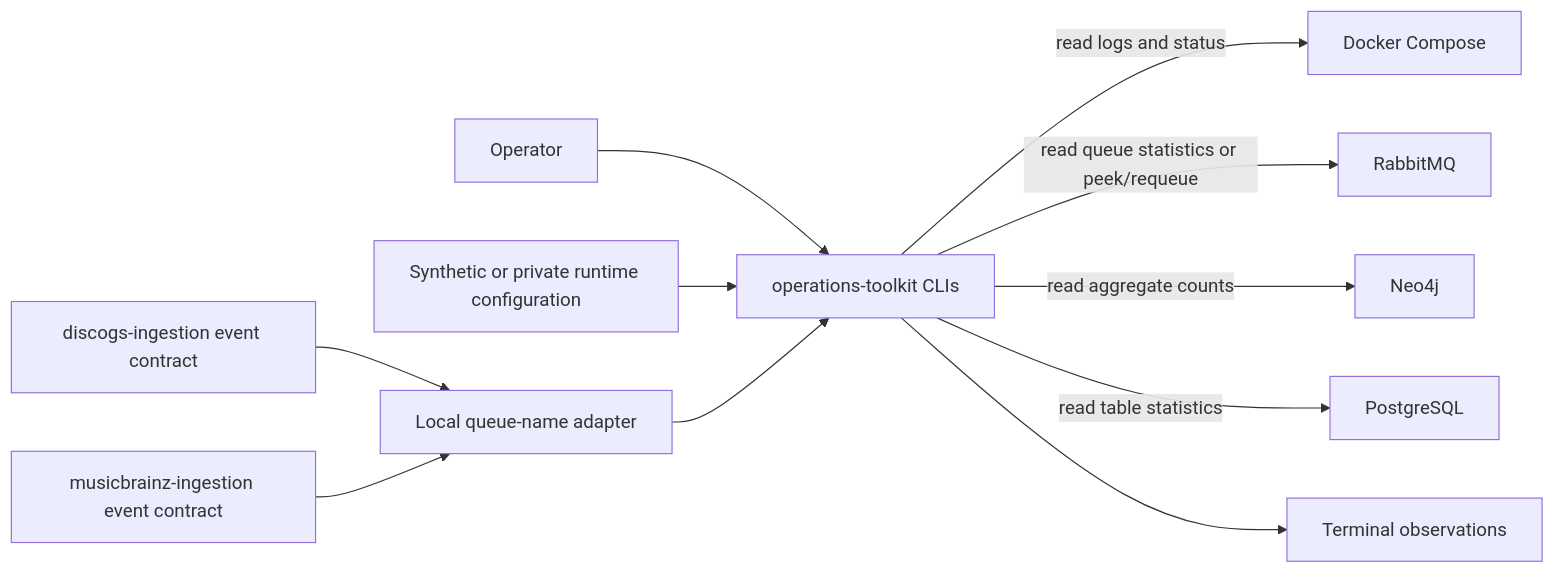
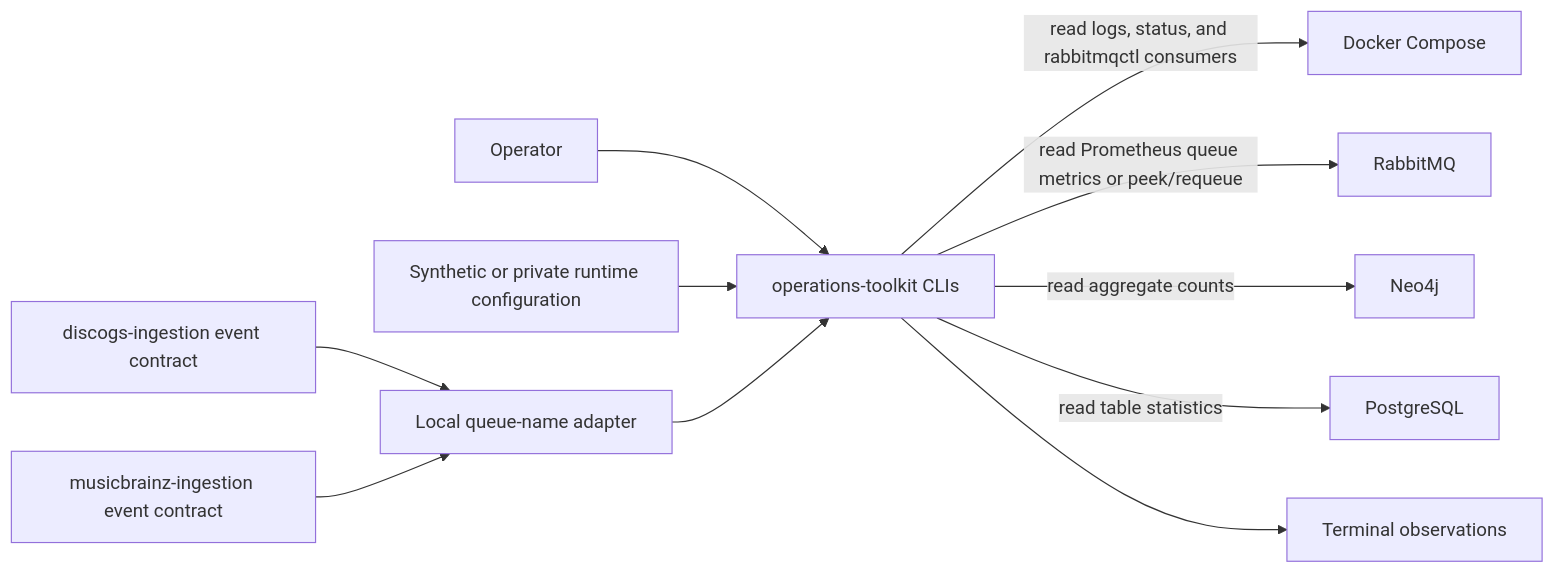
One commit to groovemap-music/operations-toolkit changed the diagram in docs/architecture.md. Above: the diagram before and after it, drawn with Mermaid. The commit also changed other lines of this file and 4 other files, not shown here.

````diff
--- a/docs/architecture.md
+++ b/docs/architecture.md
@@ -9,13 +9,13 @@
 ```mermaid
 flowchart LR
     Operator[Operator] --> CLI[operations-toolkit CLIs]
     Config[Synthetic or private runtime configuration] --> CLI
     DiscogsContract[discogs-ingestion event contract] --> Adapter[Local queue-name adapter]
     MusicBrainzContract[musicbrainz-ingestion event contract] --> Adapter
     Adapter --> CLI
-    CLI -->|read logs and status| Docker[Docker Compose]
-    CLI -->|read queue statistics or peek/requeue| RabbitMQ[RabbitMQ]
+    CLI -->|read logs, status, and rabbitmqctl consumers| Docker[Docker Compose]
+    CLI -->|read Prometheus queue metrics or peek/requeue| RabbitMQ[RabbitMQ]
     CLI -->|read aggregate counts| Neo4j[Neo4j]
     CLI -->|read table statistics| Postgres[PostgreSQL]
     CLI --> Output[Terminal observations]
 ```
````
